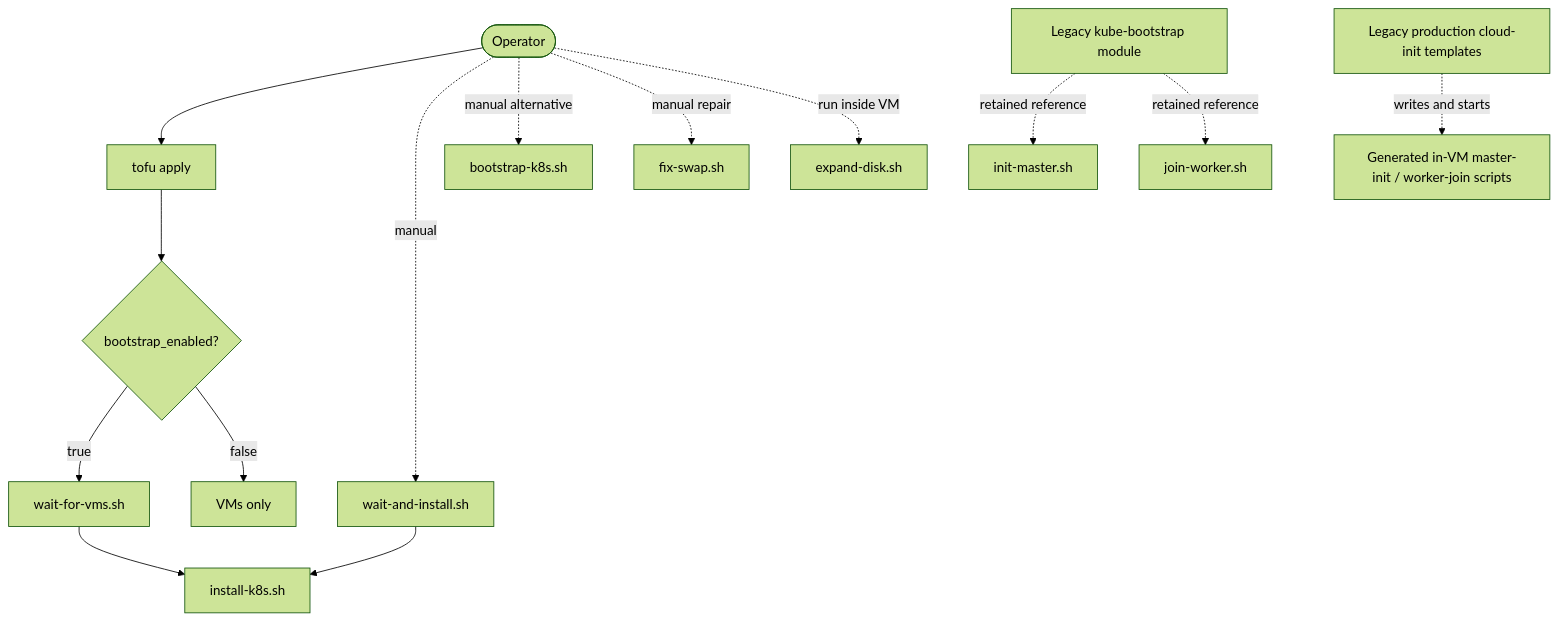
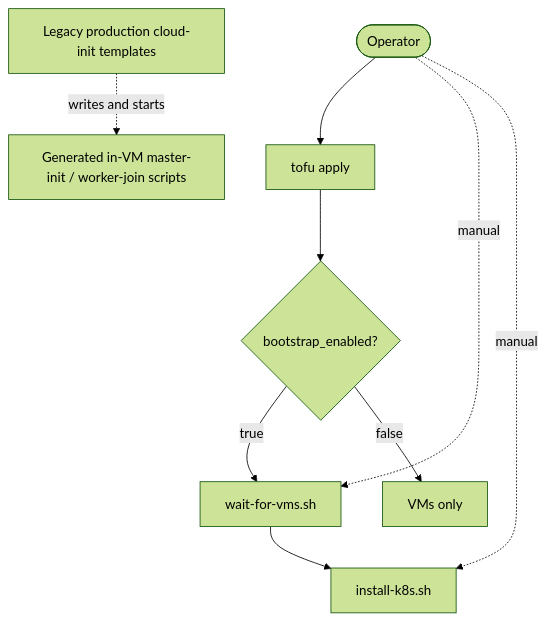
Before and after one commit to bassslap/k8s-build: the second of 2 diagrams in proxmox/README.md, drawn with Mermaid (forest theme). The commit also changed other lines of this file and 12 other files, not shown here.

````diff
--- a/proxmox/README.md
+++ b/proxmox/README.md
@@ -93,28 +87,17 @@
 ```mermaid
 flowchart TD
   operator([Operator])
   tofu["tofu apply"]
   active{"bootstrap_enabled?"}
   wait["wait-for-vms.sh"]
   install["install-k8s.sh"]
-  wrapper["wait-and-install.sh"]
-  bootstrap["bootstrap-k8s.sh"]
-  fix["fix-swap.sh"]
-  expand["expand-disk.sh"]
-  legacy["Legacy kube-bootstrap module"]
-  init["init-master.sh"]
-  join["join-worker.sh"]
   cloudinit["Legacy production cloud-init templates"]
   generated["Generated in-VM master-init / worker-join scripts"]
 
   operator --> tofu --> active
   active -- true --> wait --> install
   active -- false --> done["VMs only"]
-  operator -. manual .-> wrapper --> install
-  operator -. manual alternative .-> bootstrap
-  operator -. manual repair .-> fix
-  operator -. run inside VM .-> expand
-  legacy -. retained reference .-> init
-  legacy -. retained reference .-> join
+  operator -. manual .-> wait
+  operator -. manual .-> install
   cloudinit -. writes and starts .-> generated
 ```
````
